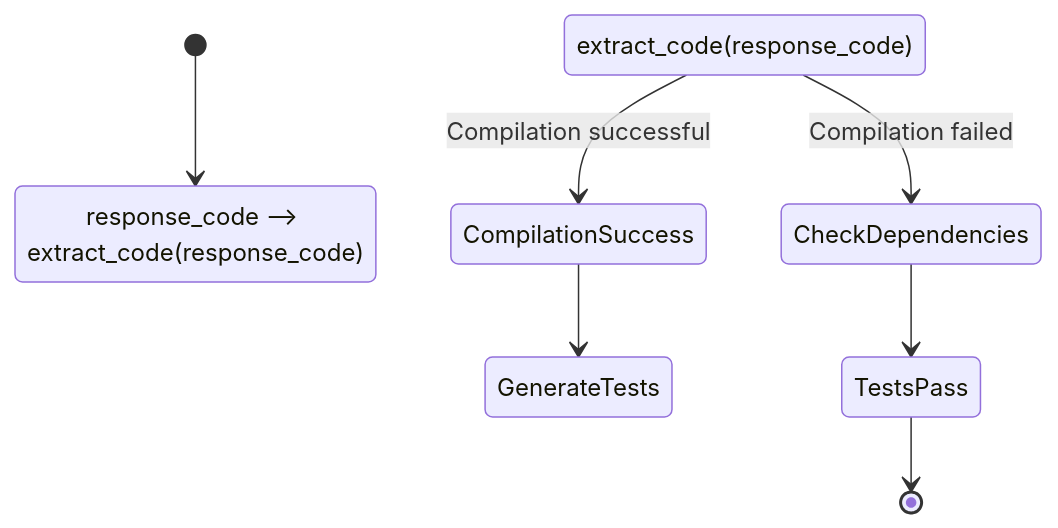
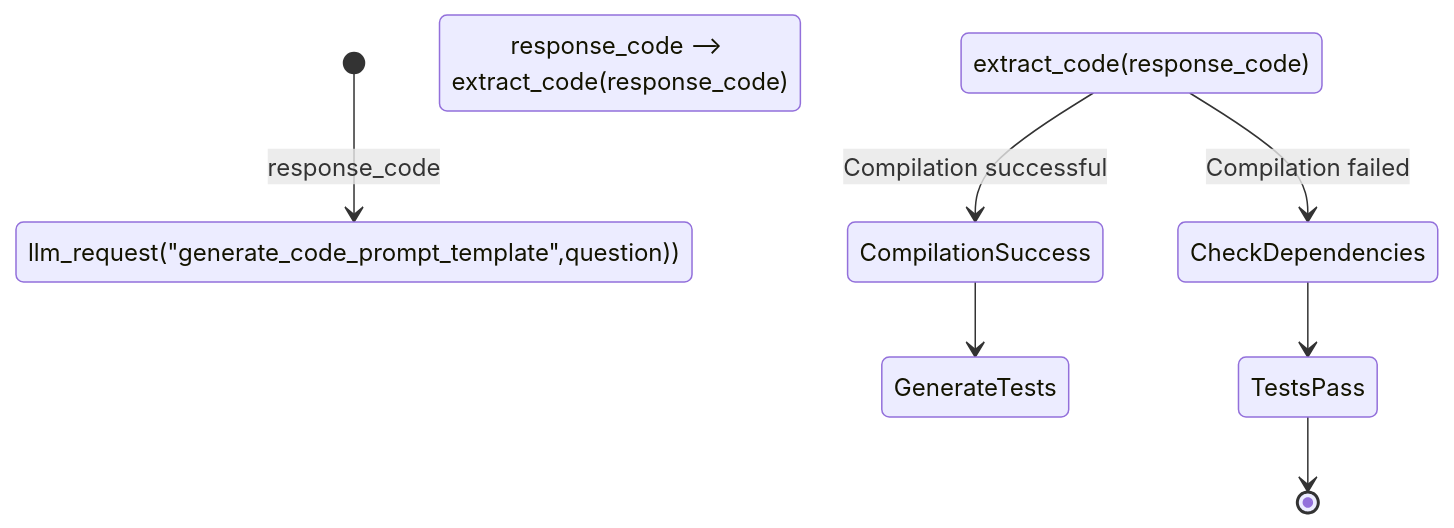
The diagram in state.md (rizgan/LLM-Logic-Exec-Verify), drawn with Mermaid before and after one commit.

````diff
--- a/state.md
+++ b/state.md
@@ -1,10 +1,10 @@
 ```mermaid
 stateDiagram
-[*] --> llm_request("generate_code_prompt_template",question)
-llm_request("generate_code_prompt_template",question): response_code --> extract_code(response_code)
+[*] --> llm_request("generate_code_prompt_template",question)):response_code
+llm_request("generate_code_prompt_template",question):response_code --> extract_code(response_code)
 extract_code(response_code) --> CompilationSuccess : Compilation successful
 extract_code(response_code) --> CheckDependencies : Compilation failed
 CompilationSuccess --> GenerateTests
 CheckDependencies  --> TestsPass
 TestsPass --> [*]
 ```
````
